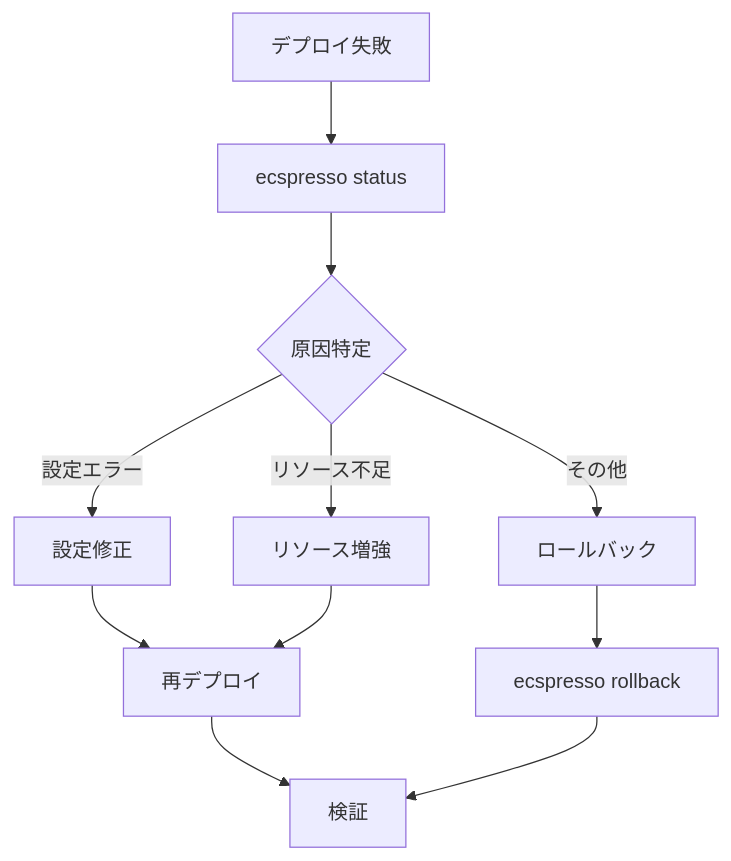
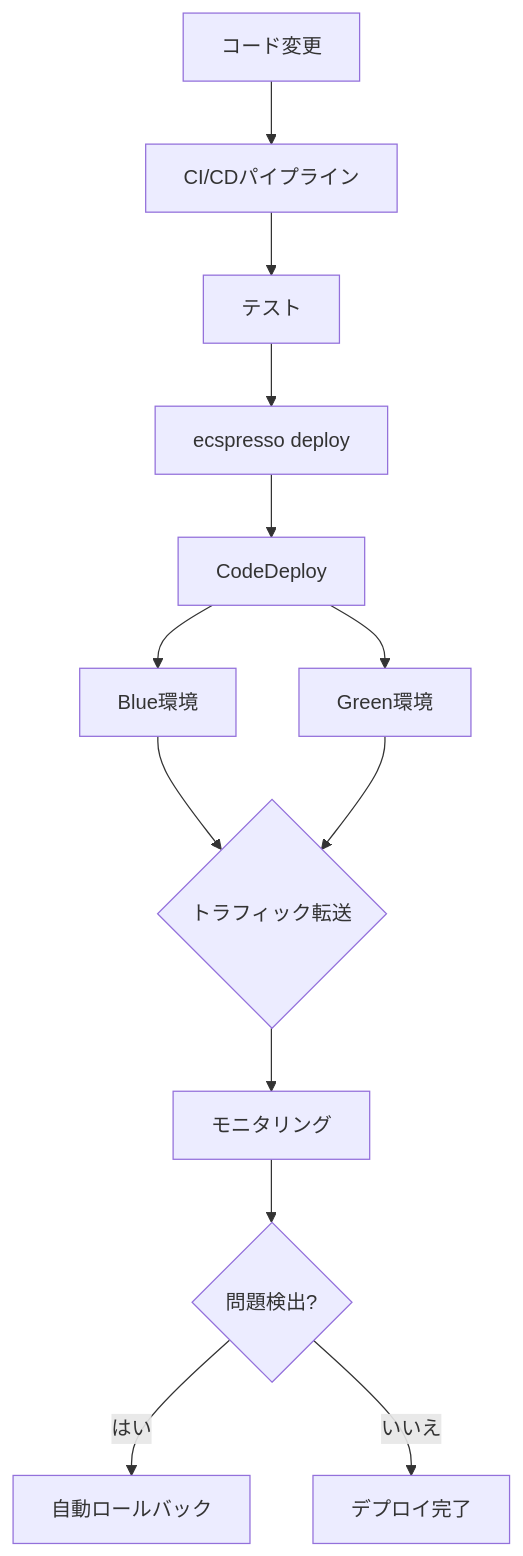
The diagram in ecspresso/practical/large-scale.md (bufferings/devin-docs), drawn with Mermaid before and after one commit. The commit also changed other lines of this file and 16 other files, not shown here.

Commit message:
Create new ecspresso documentation based on source code analysis

````diff
--- a/ecspresso/practical/large-scale.md
+++ b/ecspresso/practical/large-scale.md
@@ -195,13 +144,15 @@
 ```mermaid
 graph TD
-    A[デプロイ失敗] --> B[ecspresso status]
-    B --> C{原因特定}
-    C -->|設定エラー| D[設定修正]
-    C -->|リソース不足| E[リソース増強]
-    C -->|その他| F[ロールバック]
-    D --> G[再デプロイ]
-    E --> G
-    F --> H[ecspresso rollback]
-    G --> I[検証]
-    H --> I
+    A[コード変更] --> B[CI/CDパイプライン]
+    B --> C[テスト]
+    C --> D[ecspresso deploy]
+    D --> E[CodeDeploy]
+    E --> F[Blue環境]
+    E --> G[Green環境]
+    F --> H{トラフィック転送}
+    G --> H
+    H --> I[モニタリング]
+    I --> J{問題検出?}
+    J -->|はい| K[自動ロールバック]
+    J -->|いいえ| L[デプロイ完了]
 ```
````
